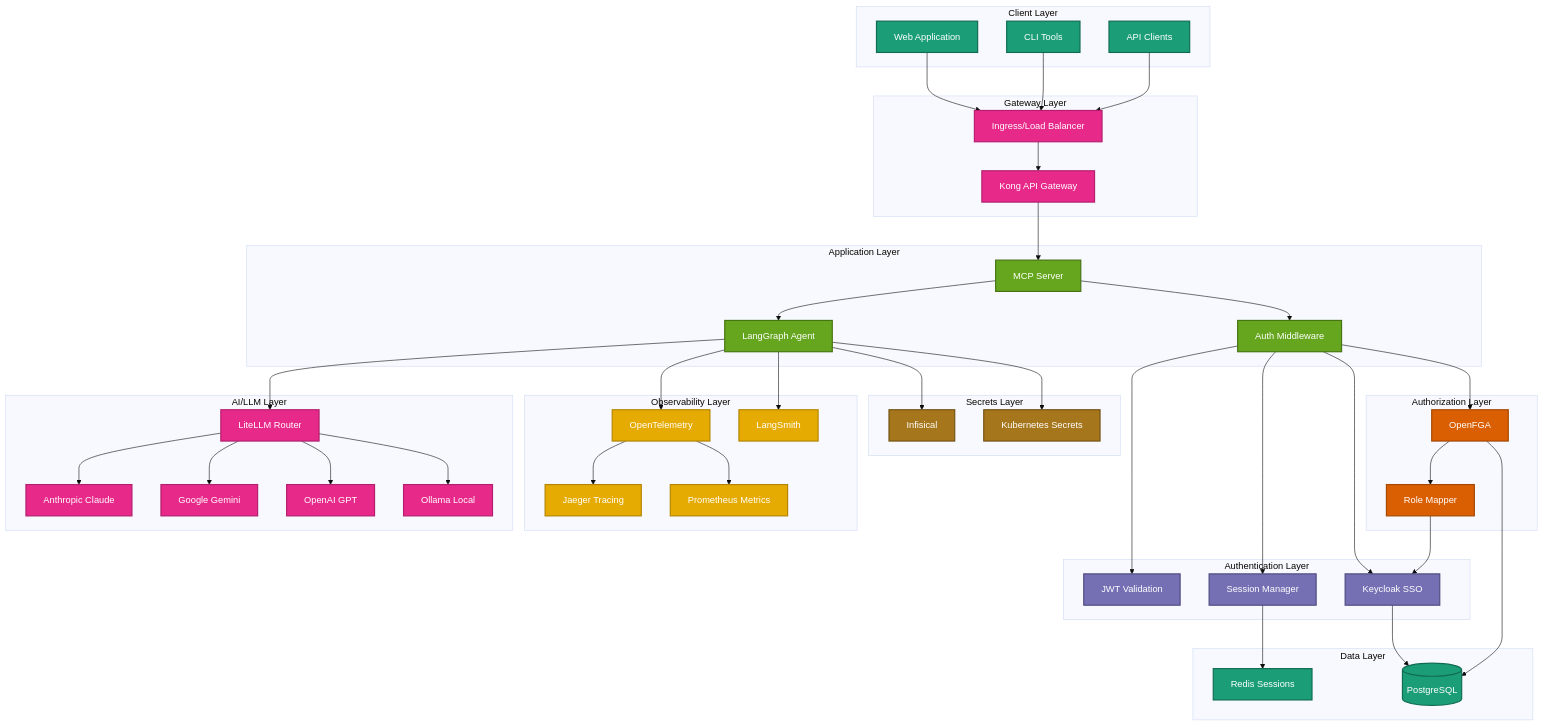
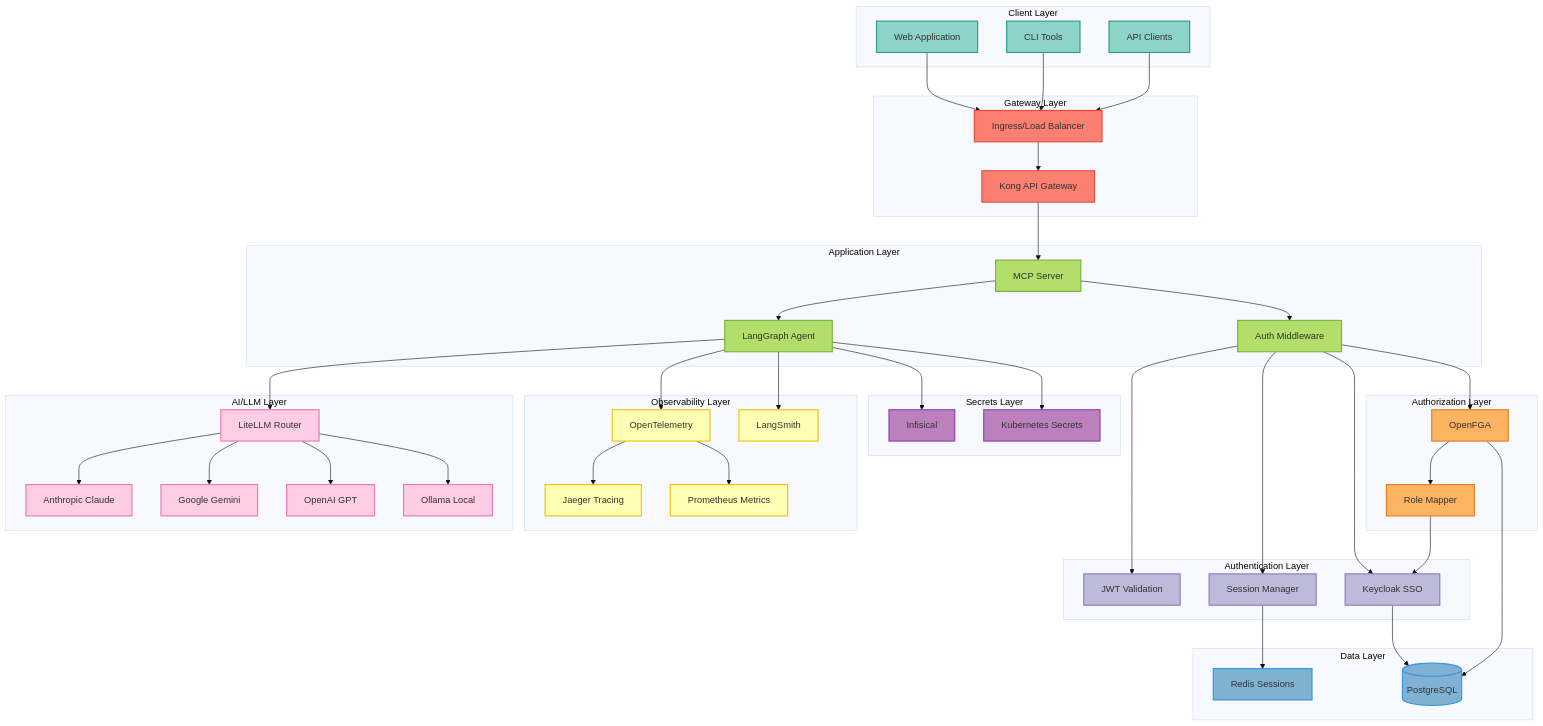
The first of 10 diagrams in docs/getting-started/architecture.mdx (vishnu2kmohan/mcp-server-langgraph), drawn with Mermaid (base theme) before and after one commit. The commit also changed other lines of this file and 11 other files, not shown here.

First line of the commit message:
style: migrate all diagrams from Dark2 to Set3 ColorBrewer2 palette

```diff
--- a/docs/getting-started/architecture.mdx
+++ b/docs/getting-started/architecture.mdx
@@ -93,16 +93,16 @@
     Agent --> Infisical
     Agent --> K8sSecrets
 
-    %% ColorBrewer2 Dark2 palette styling
-    classDef clientStyle fill:#1b9e77,stroke:#116b52,stroke-width:2px,color:#fff
-    classDef gatewayStyle fill:#e7298a,stroke:#b31e6d,stroke-width:2px,color:#fff
-    classDef appStyle fill:#66a61e,stroke:#477315,stroke-width:2px,color:#fff
-    classDef llmStyle fill:#e7298a,stroke:#b31e6d,stroke-width:2px,color:#fff
-    classDef authStyle fill:#7570b3,stroke:#4e4a7f,stroke-width:2px,color:#fff
-    classDef authzStyle fill:#d95f02,stroke:#a64801,stroke-width:2px,color:#fff
-    classDef dataStyle fill:#1b9e77,stroke:#116b52,stroke-width:2px,color:#fff
-    classDef obsStyle fill:#e6ab02,stroke:#b38501,stroke-width:2px,color:#fff
-    classDef secretsStyle fill:#a6761d,stroke:#735214,stroke-width:2px,color:#fff
+    %% ColorBrewer2 Set3 palette styling
+    classDef clientStyle fill:#8dd3c7,stroke:#2a9d8f,stroke-width:2px,color:#333
+    classDef gatewayStyle fill:#fb8072,stroke:#e74c3c,stroke-width:2px,color:#333
+    classDef appStyle fill:#b3de69,stroke:#7cb342,stroke-width:2px,color:#333
+    classDef llmStyle fill:#fccde5,stroke:#ec7ab8,stroke-width:2px,color:#333
+    classDef authStyle fill:#bebada,stroke:#8e7cc3,stroke-width:2px,color:#333
+    classDef authzStyle fill:#fdb462,stroke:#e67e22,stroke-width:2px,color:#333
+    classDef dataStyle fill:#80b1d3,stroke:#3498db,stroke-width:2px,color:#333
+    classDef obsStyle fill:#ffffb3,stroke:#f1c40f,stroke-width:2px,color:#333
+    classDef secretsStyle fill:#bc80bd,stroke:#8e44ad,stroke-width:2px,color:#333
 
     class WebApp,CLI,API clientStyle
     class Ingress,Kong gatewayStyle
```
